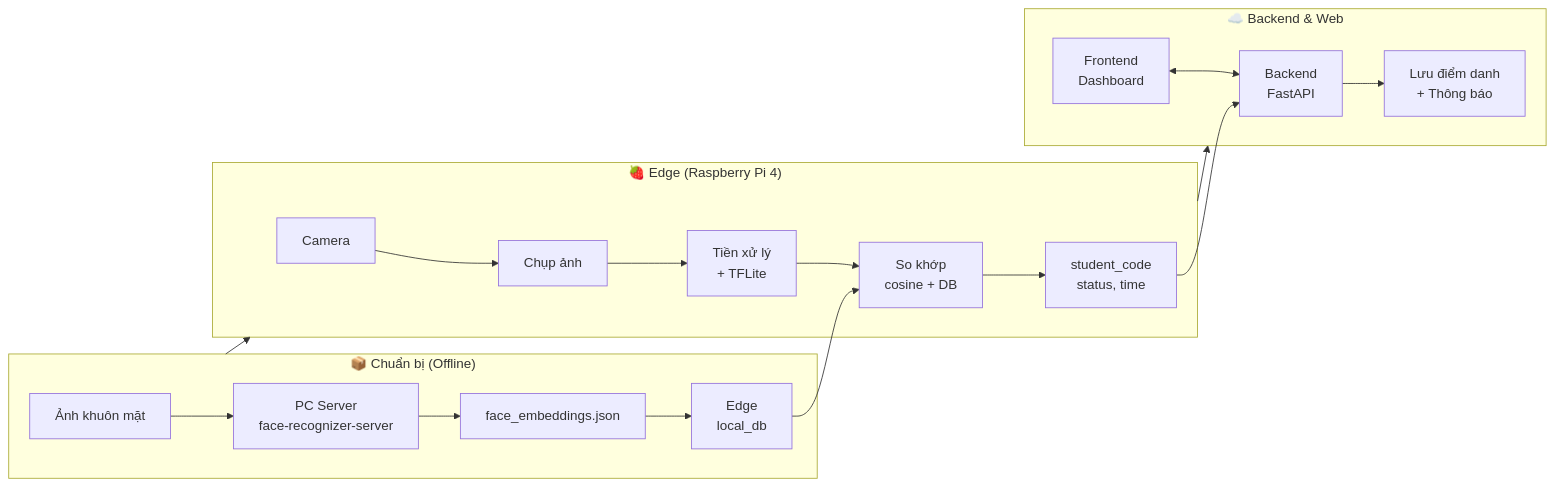
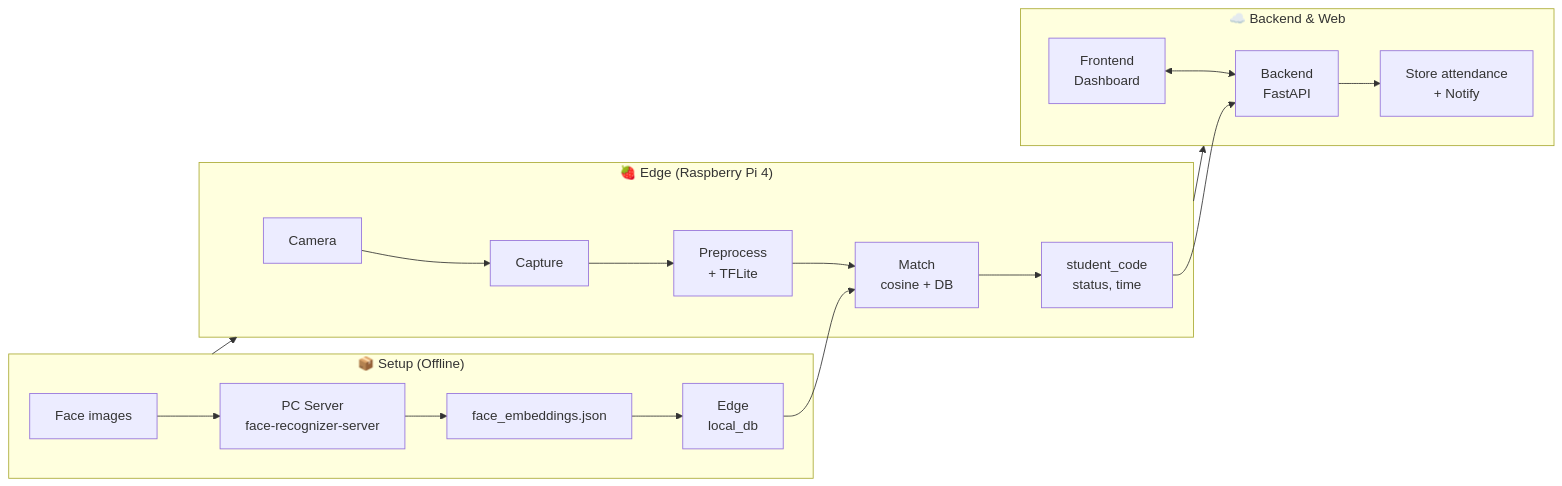
The diagram in README.md (quac17/Vision_guard), drawn with Mermaid before and after one commit.

Commit message:
update architectural diagrams

````diff
--- a/README.md
+++ b/README.md
@@ -28,25 +28,25 @@
 ```mermaid
 flowchart LR
-  subgraph Offline["📦 Chuẩn bị (Offline)"]
-    A[Ảnh khuôn mặt] --> B[PC Server\nface-recognizer-server]
+  subgraph Offline["📦 Setup (Offline)"]
+    A[Face images] --> B[PC Server\nface-recognizer-server]
     B --> C[face_embeddings.json]
     C --> D[Edge\nlocal_db]
   end
 
   subgraph Edge["🍓 Edge (Raspberry Pi 4)"]
-    E[Camera] --> F[Chụp ảnh]
-    F --> G[Tiền xử lý\n+ TFLite]
-    G --> H[So khớp\ncosine + DB]
+    E[Camera] --> F[Capture]
+    F --> G[Preprocess\n+ TFLite]
+    G --> H[Match\ncosine + DB]
     D --> H
     H --> I[student_code\nstatus, time]
   end
 
   subgraph Cloud["☁️ Backend & Web"]
     I --> J[Backend\nFastAPI]
-    J --> K[Lưu điểm danh\n+ Thông báo]
+    J --> K[Store attendance\n+ Notify]
     L[Frontend\nDashboard] <--> J
   end
 
   Offline --> Edge
   Edge --> Cloud
 ```
````
